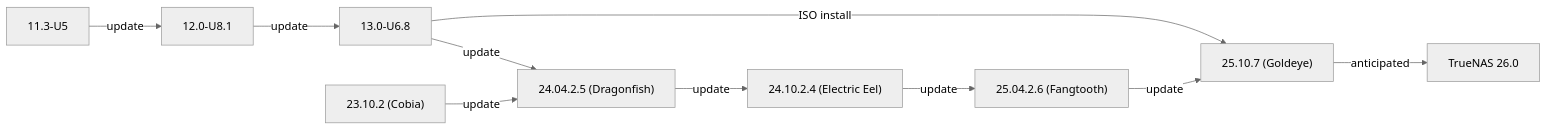
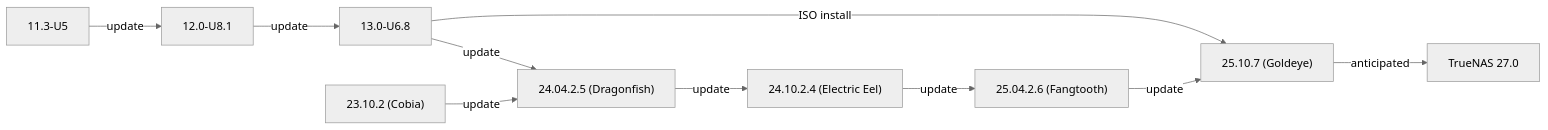
One commit to truenas/documentation changed the second of 2 diagrams in static/includes/SCALEUpgradePaths.md. Above: the diagram before and after it, drawn with Mermaid (neutral theme). The commit also changed other lines of this file, not shown here.

```diff
--- a/static/includes/SCALEUpgradePaths.md
+++ b/static/includes/SCALEUpgradePaths.md
@@ -53,13 +53,13 @@
             {{< mermaid class="mermaid_sizing" >}}
             flowchart LR
               A["11.3-U5"] -->|update| B
               B["12.0-U8.1"] -->|update| C
               C["13.0-U6.8"] -->|ISO install| H
               C -->|update| E
               D["23.10.2 (Cobia)"] -->|update| E
               E["24.04.2.5 (Dragonfish)"]  -->|update| F
               F["24.10.2.4 (Electric Eel)"] -->|update| G
               G["25.04.2.6 (Fangtooth)"] -->|update| H
               H["25.10.7 (Goldeye)"] -->|"anticipated"| I
-              I["TrueNAS 26.0"]
+              I["TrueNAS 27.0"]
             {{< /mermaid >}}
```
